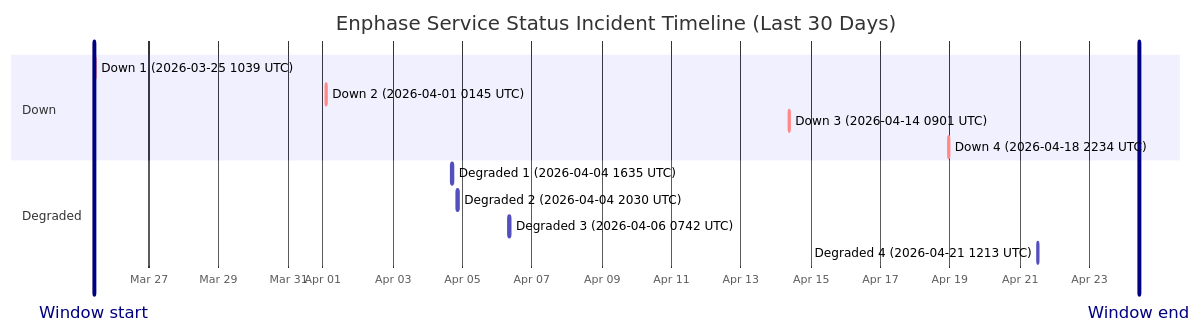
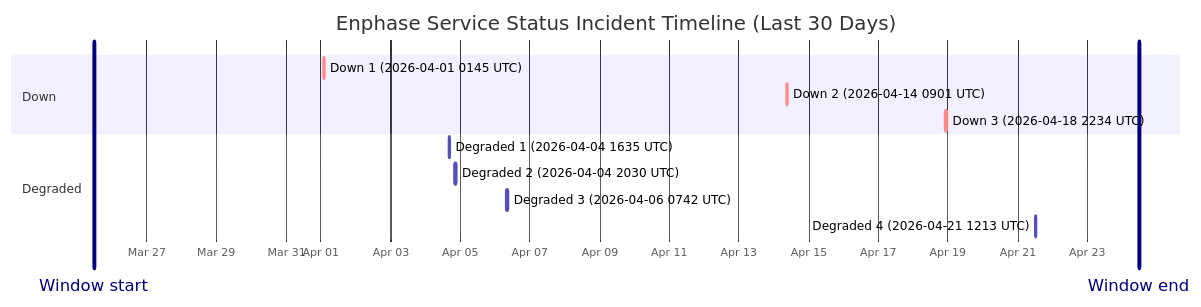
Before and after one commit to barneyonline/ha-enphase-ev-charger: the diagram in wiki/Service-Status-History.md, drawn with Mermaid. The commit also changed other lines of this file and 3 other files, not shown here.

````diff
--- a/wiki/Service-Status-History.md
+++ b/wiki/Service-Status-History.md
@@ -14,18 +14,17 @@
 ```mermaid
 gantt
     title Enphase Service Status Incident Timeline (Last 30 Days)
     dateFormat  YYYY-MM-DDTHH:mm:ss
     axisFormat  %b %d
-    Window start :vert, window-start, 2026-03-25T10:03:43, 0ms
-    Window end :vert, window-end, 2026-04-24T10:03:43, 0ms
+    Window start :vert, window-start, 2026-03-25T11:39:18, 0ms
+    Window end :vert, window-end, 2026-04-24T11:39:18, 0ms
     section Down
-    Down 1 (2026-03-25 1039 UTC) :crit, down-1, 2026-03-25T10:39:26, 60m
-    Down 2 (2026-04-01 0145 UTC) :crit, down-2, 2026-04-01T01:45:09, 60m
-    Down 3 (2026-04-14 0901 UTC) :crit, down-3, 2026-04-14T09:01:13, 60m
-    Down 4 (2026-04-18 2234 UTC) :crit, down-4, 2026-04-18T22:34:13, 60m
+    Down 1 (2026-04-01 0145 UTC) :crit, down-1, 2026-04-01T01:45:09, 60m
+    Down 2 (2026-04-14 0901 UTC) :crit, down-2, 2026-04-14T09:01:13, 60m
+    Down 3 (2026-04-18 2234 UTC) :crit, down-3, 2026-04-18T22:34:13, 60m
     section Degraded
     Degraded 1 (2026-04-04 1635 UTC) :active, degraded-1, 2026-04-04T16:35:17, 60m
     Degraded 2 (2026-04-04 2030 UTC) :active, degraded-2, 2026-04-04T20:30:40, 60m
     Degraded 3 (2026-04-06 0742 UTC) :active, degraded-3, 2026-04-06T07:42:09, 85m
     Degraded 4 (2026-04-21 1213 UTC) :active, degraded-4, 2026-04-21T12:13:11, 60m
 ```
````
